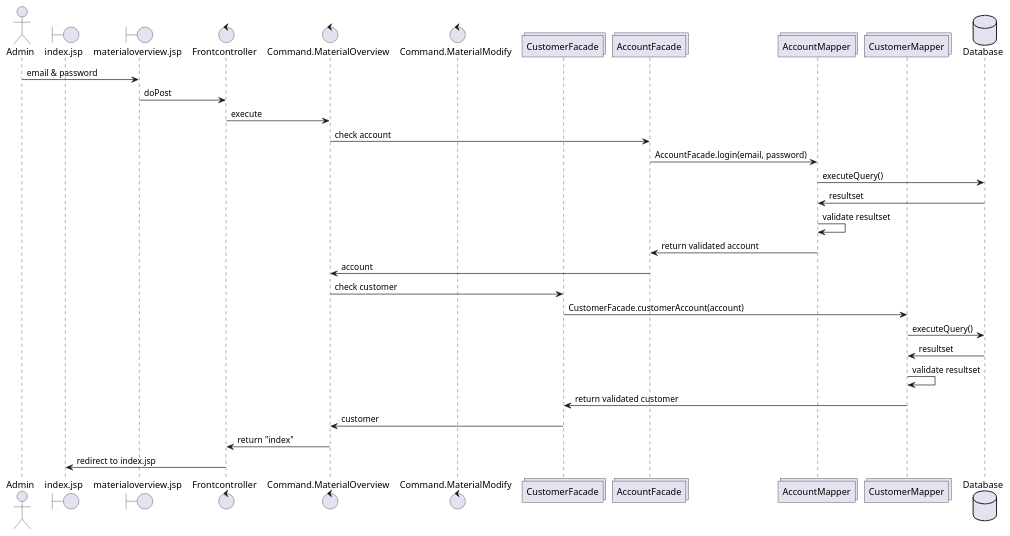
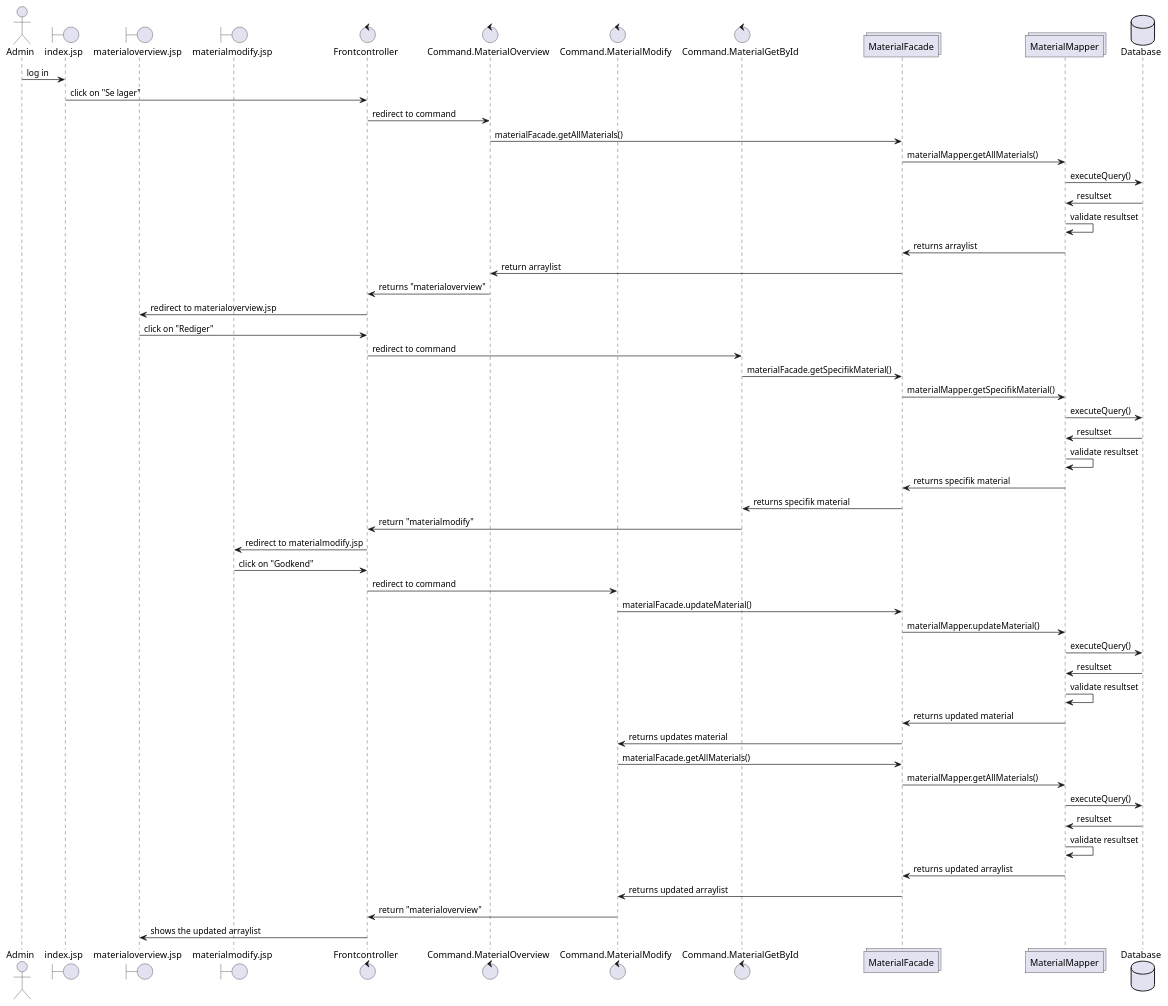
One commit to coerth/carport changed the diagram in src/diagrammer/Sequence-diagram-modifymaterial.puml. Above: the diagram before and after it, drawn with PlantUML. The commit also changed 2 other files, not shown here.

Commit message:
sekvensdiagram for materialmodify lavet færdig

```diff
--- a/src/diagrammer/Sequence-diagram-modifymaterial.puml
+++ b/src/diagrammer/Sequence-diagram-modifymaterial.puml
@@ -1,35 +1,57 @@
 @startuml
 
 actor       Admin       as Foo1
-boundary    index.jsp   as Foo8
-boundary    materialoverview.jsp    as Foo2
-control     Frontcontroller     as Foo3
-control     Command.MaterialOverview    as Foo10
-control     Command.MaterialModify    as Foo11
-collections CustomerFacade as Foo7
-collections AccountFacade as Foo5
-collections AccountMapper as Foo4
-collections CustomerMapper as Foo9
-database    Database    as Foo6
+boundary    index.jsp   as Foo2
+boundary    materialoverview.jsp    as Foo3
+boundary    materialmodify.jsp    as Foo11
+control     Frontcontroller     as Foo4
+control     Command.MaterialOverview    as Foo5
+control     Command.MaterialModify    as Foo6
+control     Command.MaterialGetById    as Foo10
+collections MaterialFacade as Foo7
+collections MaterialMapper as Foo8
+database    Database    as Foo9
 
-Foo1 -> Foo2 : email & password
-Foo2 -> Foo3 : doPost
-Foo3 -> Foo10 : execute
-Foo10 -> Foo5 : check account
-Foo5 -> Foo4 : AccountFacade.login(email, password)
-Foo4 -> Foo6 : executeQuery()
-Foo4 <- Foo6 : resultset
-Foo4 -> Foo4 : validate resultset
-Foo4 -> Foo5 : return validated account
-Foo5 -> Foo10 : account
-Foo10 -> Foo7 : check customer
-Foo7 -> Foo9 : CustomerFacade.customerAccount(account)
-Foo9 -> Foo6 : executeQuery()
-Foo9 <- Foo6 : resultset
-Foo9 -> Foo9 : validate resultset
-Foo9 -> Foo7 : return validated customer
-Foo7 -> Foo10 : customer
-Foo10 -> Foo3 : return "index"
-Foo3 -> Foo8 : redirect to index.jsp
+Foo1 -> Foo2 : log in
+Foo2 -> Foo4 : click on "Se lager"
+Foo4 -> Foo5 : redirect to command
+Foo5 -> Foo7 : materialFacade.getAllMaterials()
+Foo7 -> Foo8 : materialMapper.getAllMaterials()
+Foo8 -> Foo9 : executeQuery()
+Foo9 -> Foo8 : resultset
+Foo8 -> Foo8 : validate resultset
+Foo8 -> Foo7 : returns arraylist
+Foo7 -> Foo5 : return arraylist
+Foo5 -> Foo4 : returns "materialoverview"
+Foo4 -> Foo3 : redirect to materialoverview.jsp
+Foo3 -> Foo4 : click on "Rediger"
+Foo4 -> Foo10 : redirect to command
+Foo10 -> Foo7 : materialFacade.getSpecifikMaterial()
+Foo7 -> Foo8 : materialMapper.getSpecifikMaterial()
+Foo8 -> Foo9 : executeQuery()
+Foo9 -> Foo8 : resultset
+Foo8 -> Foo8 : validate resultset
+Foo8 -> Foo7 : returns specifik material
+Foo7 -> Foo10 : returns specifik material
+Foo10 -> Foo4 : return "materialmodify"
+Foo4 -> Foo11 : redirect to materialmodify.jsp
+Foo11 -> Foo4 : click on "Godkend"
+Foo4 -> Foo6 : redirect to command
+Foo6 -> Foo7 : materialFacade.updateMaterial()
+Foo7 -> Foo8 : materialMapper.updateMaterial()
+Foo8 -> Foo9 : executeQuery()
+Foo9 -> Foo8 : resultset
+Foo8 -> Foo8 : validate resultset
+Foo8 -> Foo7 : returns updated material
+Foo7 -> Foo6 : returns updates material
+Foo6 -> Foo7 :materialFacade.getAllMaterials()
+Foo7 -> Foo8 : materialMapper.getAllMaterials()
+Foo8 -> Foo9 : executeQuery()
+Foo9 -> Foo8 : resultset
+Foo8 -> Foo8 : validate resultset
+Foo8 -> Foo7 : returns updated arraylist
+Foo7 -> Foo6 : returns updated arraylist
+Foo6 -> Foo4 : return "materialoverview"
+Foo4 -> Foo3 : shows the updated arraylist
 
 @enduml
```
